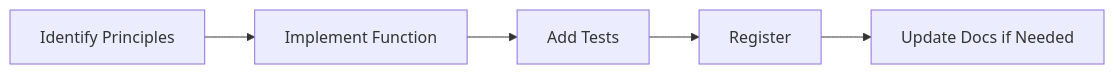
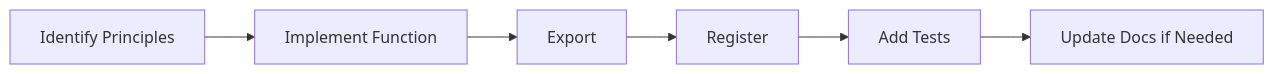
Before and after one commit to setupelz/fair-shares: the diagram in docs/dev-guide/adding-approaches.md, drawn with Mermaid. The commit also changed other lines of this file and 39 other files, not shown here.

````diff
--- a/docs/dev-guide/adding-approaches.md
+++ b/docs/dev-guide/adding-approaches.md
@@ -48,7 +48,8 @@
 ```mermaid
 flowchart LR
     A[Identify Principles] --> B[Implement Function]
-    B --> C[Add Tests]
+    B --> C[Export]
     C --> D[Register]
-    D --> E[Update Docs if Needed]
+    D --> E[Add Tests]
+    E --> F[Update Docs if Needed]
 ```
````
